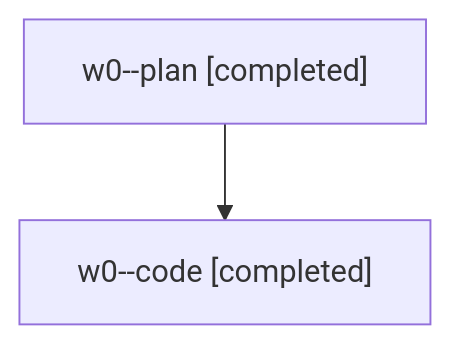
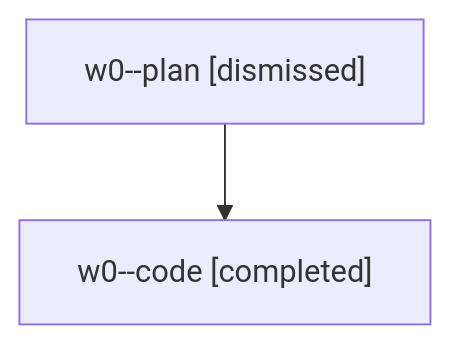
One commit to sase-org/sase--agents changed the diagram in families/bbugyi200.athena.w0.md. Above: the diagram before and after it, drawn with Mermaid. The commit also changed other lines of this file and 1475 other files, not shown here.

````diff
--- a/families/bbugyi200.athena.w0.md
+++ b/families/bbugyi200.athena.w0.md
@@ -9,6 +9,6 @@
 ```mermaid
 flowchart TD
-  n0["w0--plan [completed]"]
+  n0["w0--plan [dismissed]"]
   n1["w0--code [completed]"]
   n0 --> n1
 ```
````
